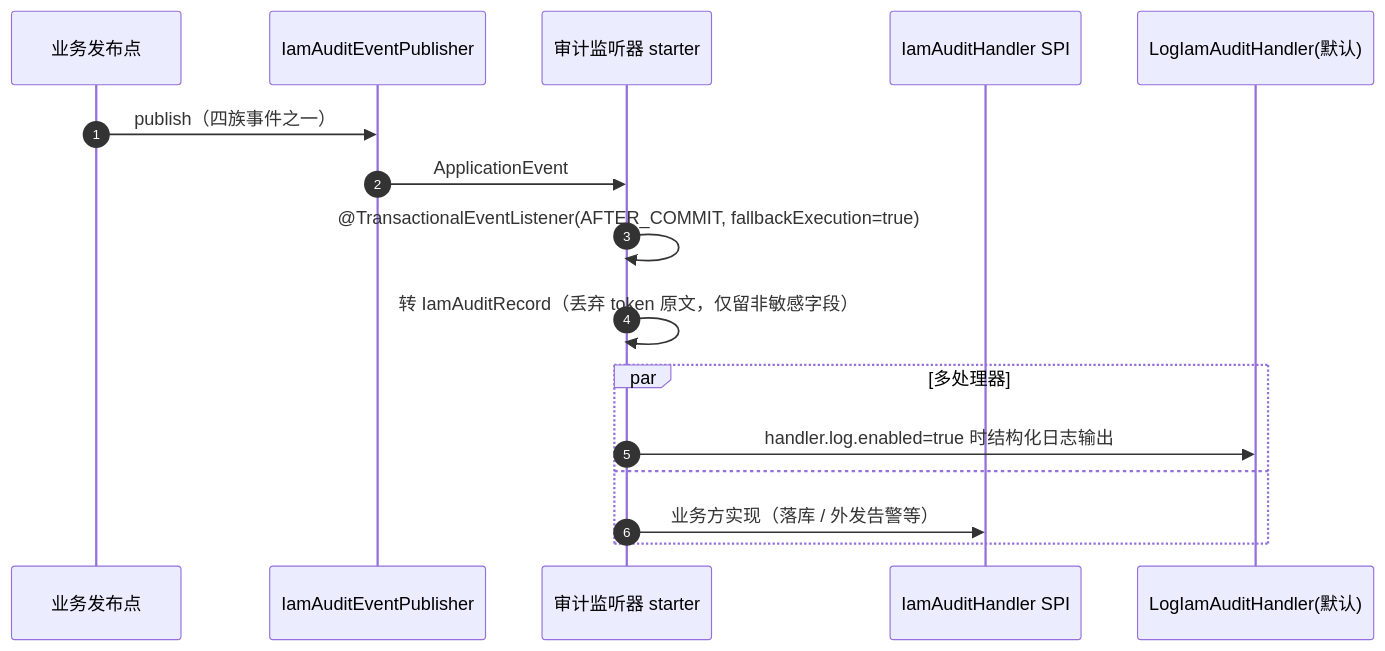
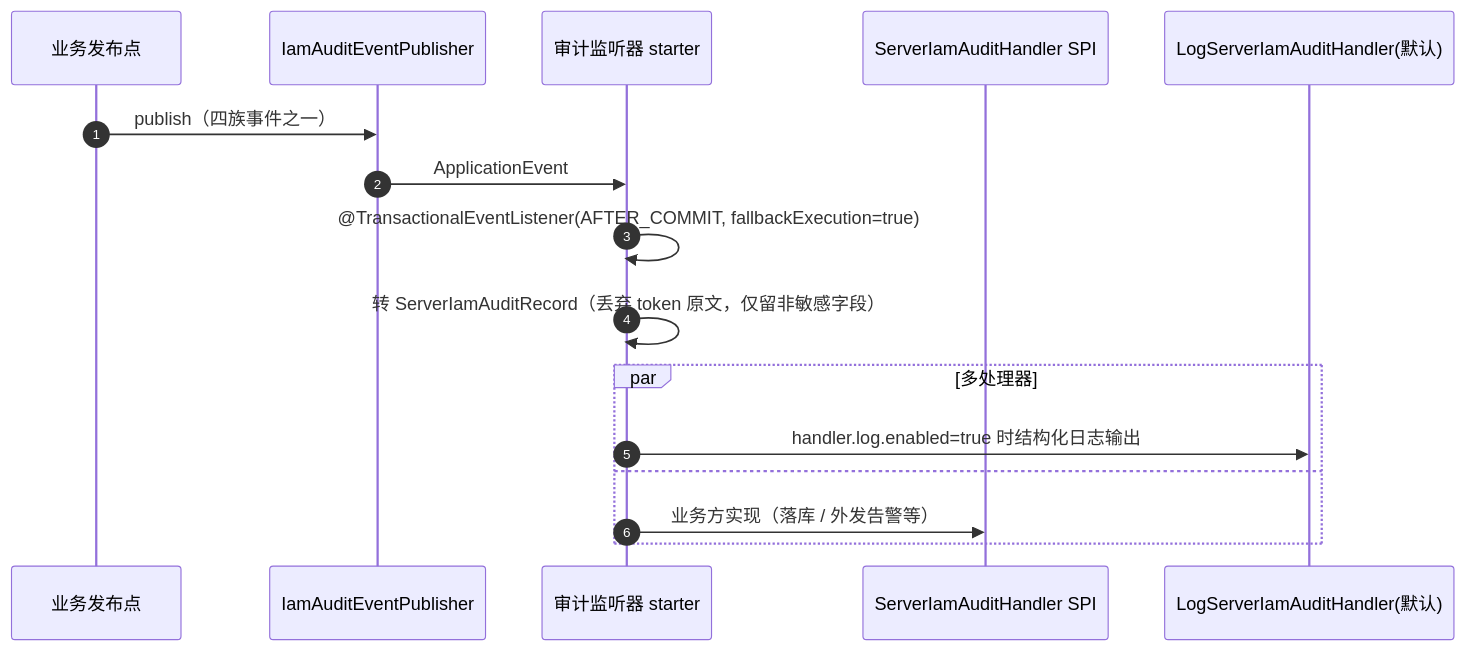
The second of 2 diagrams in sdk/auth/iam/server/simple-iam-server-starter/docs/领域文档/配置与多实例部署.md (Sure-Zzzzzz/normal-sdks), drawn with Mermaid before and after one commit. The commit also changed other lines of this file and 82 other files, not shown here.

Commit message:
feat(simple-iam-server-starter): 发布1.3.2，补齐受委托角色开放API，详见CHANGELOG.1.3.2.md

````diff
--- a/sdk/auth/iam/server/simple-iam-server-starter/docs/领域文档/配置与多实例部署.md
+++ b/sdk/auth/iam/server/simple-iam-server-starter/docs/领域文档/配置与多实例部署.md
@@ -301,19 +351,19 @@
 ```mermaid
 sequenceDiagram
     autonumber
     participant Src as 业务发布点
     participant P as IamAuditEventPublisher
     participant L as 审计监听器 starter
-    participant H as IamAuditHandler SPI
-    participant Log as LogIamAuditHandler(默认)
+    participant H as ServerIamAuditHandler SPI
+    participant Log as LogServerIamAuditHandler(默认)
 
     Src->>P: publish（四族事件之一）
     P->>L: ApplicationEvent
     L->>L: @TransactionalEventListener(AFTER_COMMIT, fallbackExecution=true)
-    L->>L: 转 IamAuditRecord（丢弃 token 原文，仅留非敏感字段）
+    L->>L: 转 ServerIamAuditRecord（丢弃 token 原文，仅留非敏感字段）
     par 多处理器
         L->>Log: handler.log.enabled=true 时结构化日志输出
     and
         L->>H: 业务方实现（落库 / 外发告警等）
     end
 ```
````
